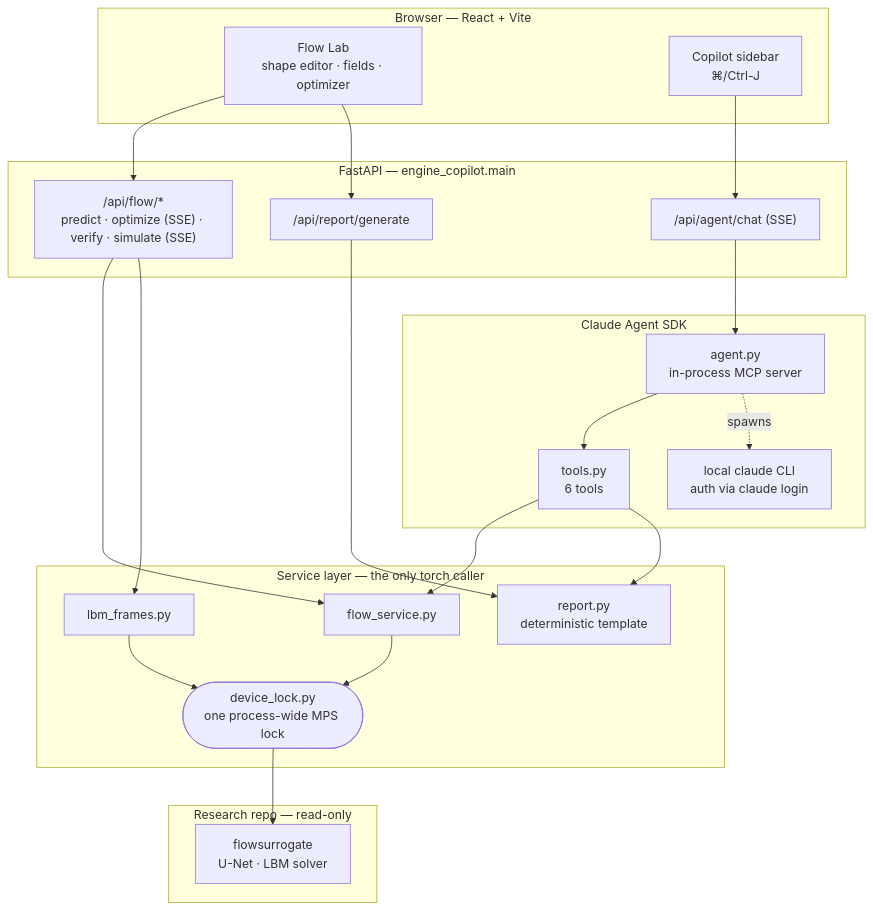
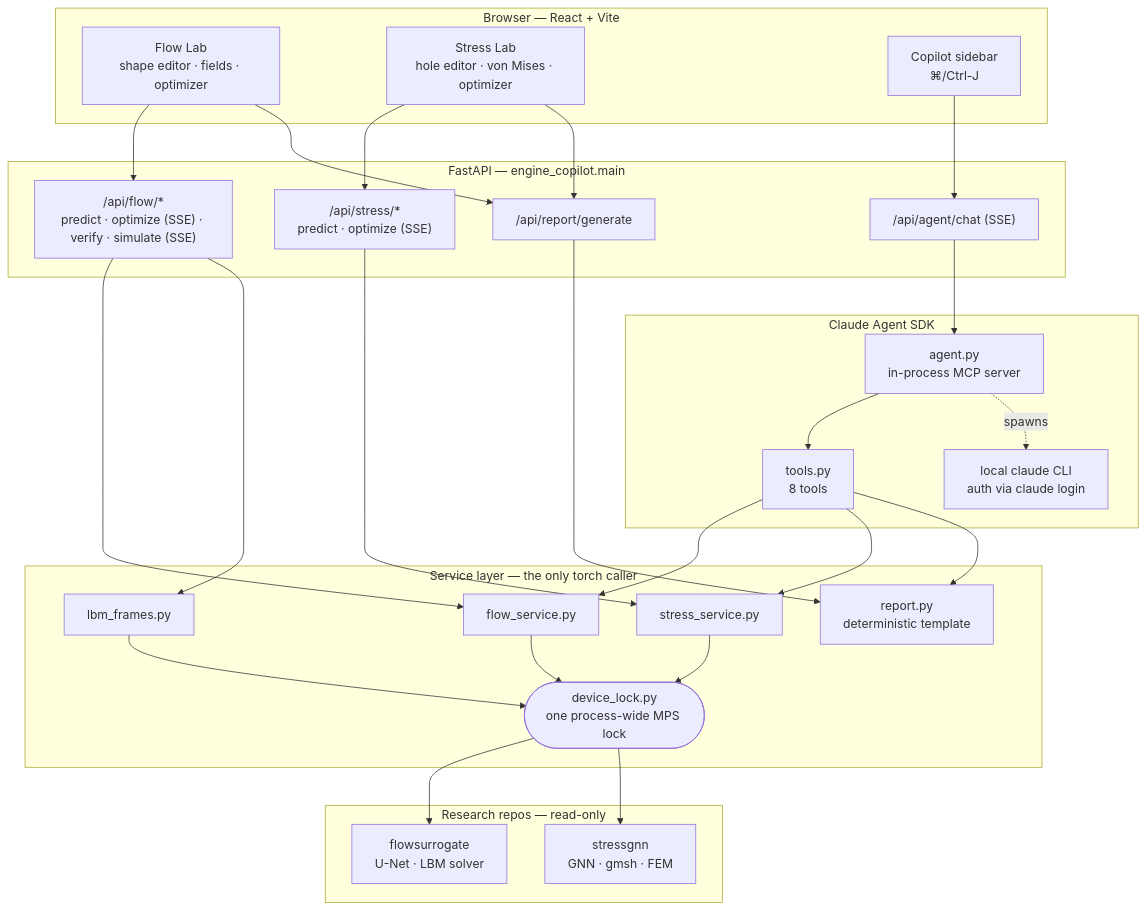
One commit to PaulGregory1/surrogate-engineering changed the diagram in engine-copilot/README.md. Above: the diagram before and after it, drawn with Mermaid. The commit also changed other lines of this file and 68 other files, not shown here.

First line of the commit message:
main: bring the Stress Lab back, and add the Flow Lab design plans

````diff
--- a/engine-copilot/README.md
+++ b/engine-copilot/README.md
@@ -46,47 +46,57 @@
 ```mermaid
 flowchart TB
     subgraph browser["Browser — React + Vite"]
         FL["Flow Lab<br/>shape editor · fields · optimizer"]
+        SL["Stress Lab<br/>hole editor · von Mises · optimizer"]
         CS["Copilot sidebar<br/>⌘/Ctrl-J"]
     end
 
     subgraph api["FastAPI — engine_copilot.main"]
         R1["/api/flow/*<br/>predict · optimize (SSE) · verify · simulate (SSE)"]
+        R2["/api/stress/*<br/>predict · optimize (SSE)"]
         R3["/api/report/generate"]
         R4["/api/agent/chat (SSE)"]
     end
 
     subgraph svc["Service layer — the only torch caller"]
         FS["flow_service.py"]
         LB["lbm_frames.py"]
+        SS["stress_service.py"]
         RP["report.py<br/>deterministic template"]
         LK(["device_lock.py<br/>one process-wide MPS lock"])
     end
 
     subgraph agent["Claude Agent SDK"]
         AG["agent.py<br/>in-process MCP server"]
-        TL["tools.py<br/>6 tools"]
+        TL["tools.py<br/>8 tools"]
         CLI["local claude CLI<br/>auth via claude login"]
     end
 
-    subgraph libs["Research repo — read-only"]
+    subgraph libs["Research repos — read-only"]
         FSU["flowsurrogate<br/>U-Net · LBM solver"]
+        SGN["stressgnn<br/>GNN · gmsh · FEM"]
     end
 
     FL --> R1
+    SL --> R2
     FL --> R3
+    SL --> R3
     CS --> R4
 
     R1 --> FS
     R1 --> LB
+    R2 --> SS
     R3 --> RP
     R4 --> AG
     AG --> TL
     AG -.spawns.-> CLI
     TL --> FS
+    TL --> SS
     TL --> RP
 
     FS --> LK
     LB --> LK
+    SS --> LK
     LK --> FSU
+    LK --> SGN
 ```
````
